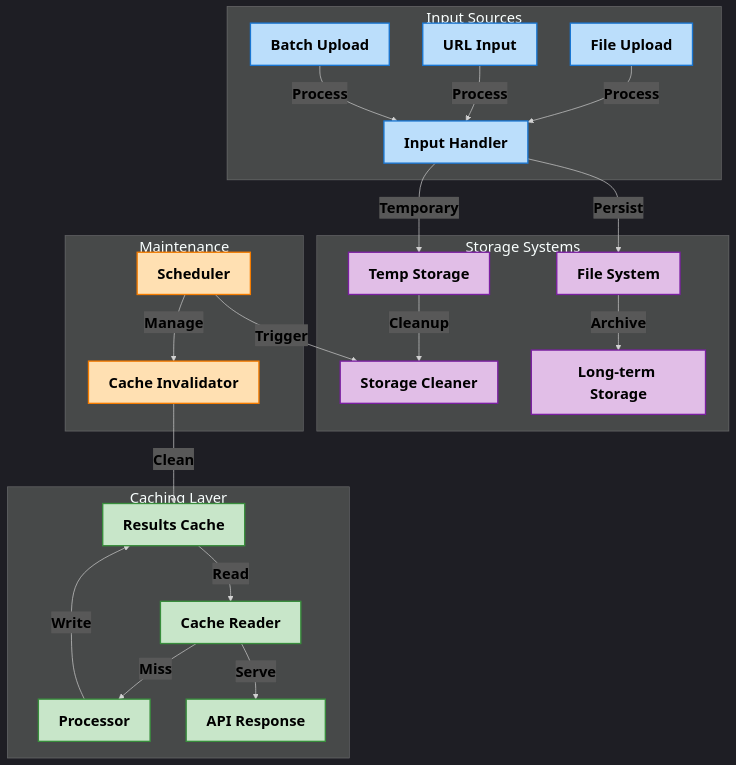
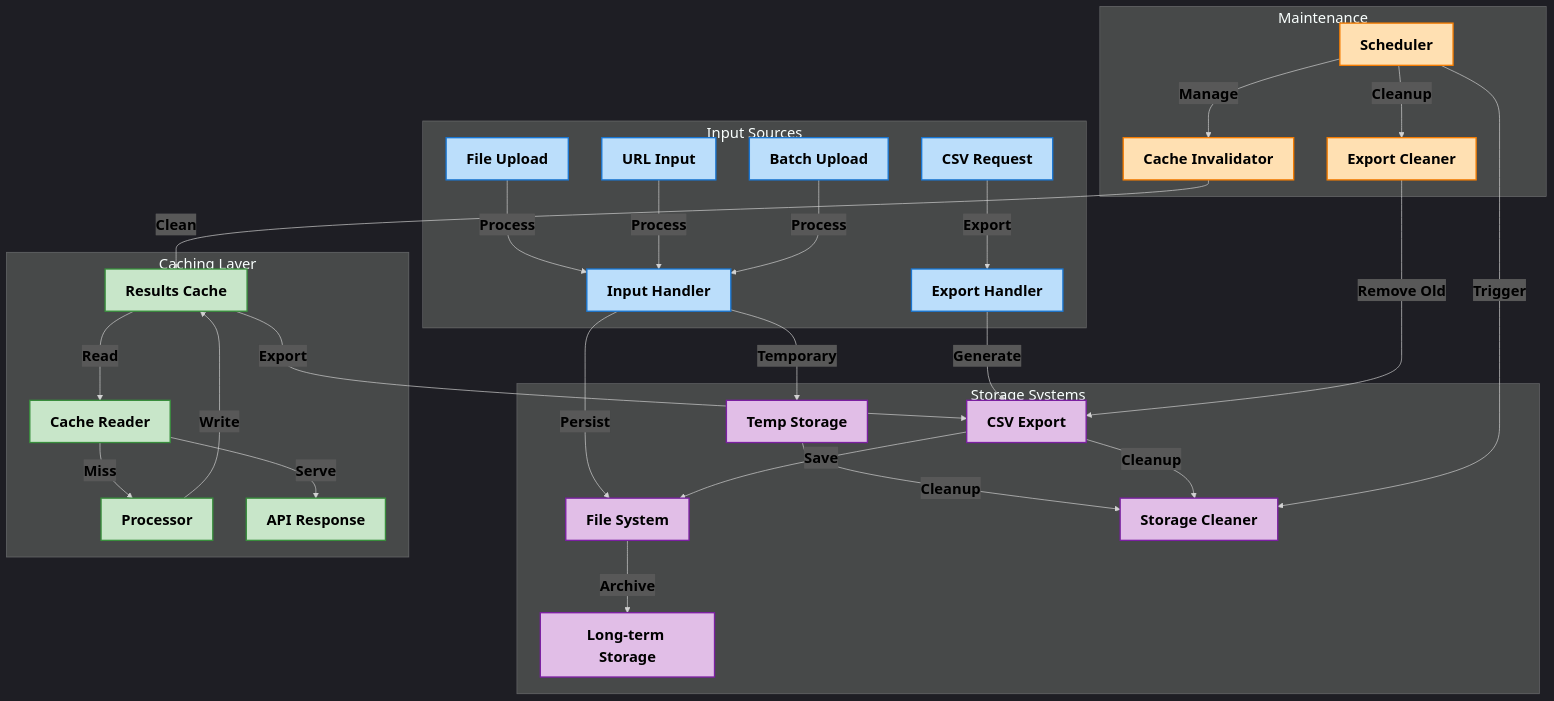
The fifth of 5 diagrams in README.md (Dhruv0306/SymphonyProject1), drawn with Mermaid before and after one commit. The commit also changed other lines of this file and 21 other files, not shown here.

First line of the commit message:
docs: integrate system diagrams and CSV export documentation

````diff
--- a/README.md
+++ b/README.md
@@ -252,48 +271,60 @@
 ```mermaid
 %%{init: {'theme': 'dark', 'themeVariables': { 'fontFamily': 'arial', 'fontSize': '22px'}}}%%
 graph TD
     subgraph "Input Sources" 
         style A1 fill:#bbdefb,stroke:#1976d2,stroke-width:2px,color:#000000,font-weight:bold
         style A2 fill:#bbdefb,stroke:#1976d2,stroke-width:2px,color:#000000,font-weight:bold
         style A3 fill:#bbdefb,stroke:#1976d2,stroke-width:2px,color:#000000,font-weight:bold
+        style A4 fill:#bbdefb,stroke:#1976d2,stroke-width:2px,color:#000000,font-weight:bold
         style B fill:#bbdefb,stroke:#1976d2,stroke-width:2px,color:#000000,font-weight:bold
+        style X fill:#bbdefb,stroke:#1976d2,stroke-width:2px,color:#000000,font-weight:bold
         A1[File Upload] -->|Process| B[Input Handler]
         A2[URL Input] -->|Process| B
         A3[Batch Upload] -->|Process| B
+        A4[CSV Request] -->|Export| X[Export Handler]
     end
 
     subgraph "Storage Systems" 
         style C fill:#e1bee7,stroke:#7b1fa2,stroke-width:2px,color:#000000,font-weight:bold
         style D fill:#e1bee7,stroke:#7b1fa2,stroke-width:2px,color:#000000,font-weight:bold
         style E fill:#e1bee7,stroke:#7b1fa2,stroke-width:2px,color:#000000,font-weight:bold
         style F fill:#e1bee7,stroke:#7b1fa2,stroke-width:2px,color:#000000,font-weight:bold
+        style Y fill:#e1bee7,stroke:#7b1fa2,stroke-width:2px,color:#000000,font-weight:bold
         B -->|Temporary| C[Temp Storage]
         B -->|Persist| D[File System]
         
         C -->|Cleanup| E[Storage Cleaner]
         D -->|Archive| F[Long-term Storage]
+        
+        X -->|Generate| Y[CSV Export]
+        Y -->|Save| D
+        Y -->|Cleanup| E
     end
 
     subgraph "Caching Layer" 
         style G fill:#c8e6c9,stroke:#388e3c,stroke-width:2px,color:#000000,font-weight:bold
         style H fill:#c8e6c9,stroke:#388e3c,stroke-width:2px,color:#000000,font-weight:bold
         style I fill:#c8e6c9,stroke:#388e3c,stroke-width:2px,color:#000000,font-weight:bold
         style J fill:#c8e6c9,stroke:#388e3c,stroke-width:2px,color:#000000,font-weight:bold
         G[Results Cache] -->|Read| H[Cache Reader]
         I[Processor] -->|Write| G
         
         H -->|Serve| J[API Response]
         H -->|Miss| I
+        G -->|Export| Y
     end
 
     subgraph "Maintenance" 
         style K fill:#ffe0b2,stroke:#f57c00,stroke-width:2px,color:#000000,font-weight:bold
         style L fill:#ffe0b2,stroke:#f57c00,stroke-width:2px,color:#000000,font-weight:bold
+        style M fill:#ffe0b2,stroke:#f57c00,stroke-width:2px,color:#000000,font-weight:bold
         K[Scheduler] -->|Trigger| E
         K -->|Manage| L[Cache Invalidator]
+        K -->|Cleanup| M[Export Cleaner]
+        M -->|Remove Old| Y
         L -->|Clean| G
     end
 
     %% Style all edge labels
     linkStyle default color:#000000,font-weight:bold
 ```
````
